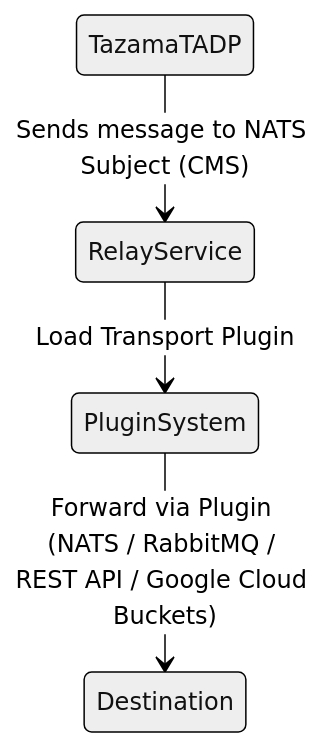
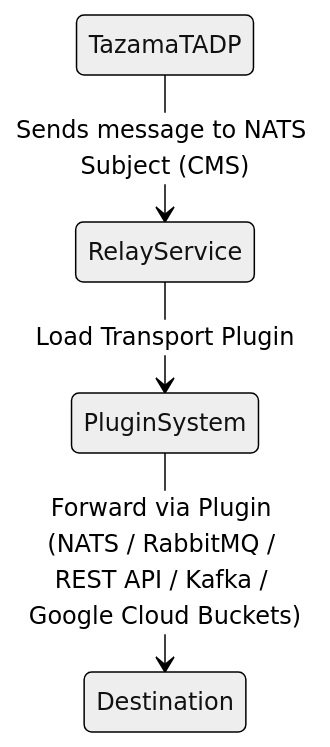
The third of 3 diagrams in README.md (tazama-lf/relay-service), drawn with Mermaid (neutral theme) before and after one commit. The commit also changed other lines of this file and 7 other files, not shown here.

````diff
--- a/README.md
+++ b/README.md
@@ -145,6 +152,6 @@
 ```mermaid
 stateDiagram-v2
     TazamaTADP --> RelayService: Sends message to NATS Subject (CMS)
     RelayService --> PluginSystem: Load Transport Plugin
-    PluginSystem --> Destination: Forward via Plugin (NATS / RabbitMQ / REST API / Google Cloud Buckets)
+    PluginSystem --> Destination: Forward via Plugin (NATS / RabbitMQ / REST API / Kafka / Google Cloud Buckets)
 ```
````
